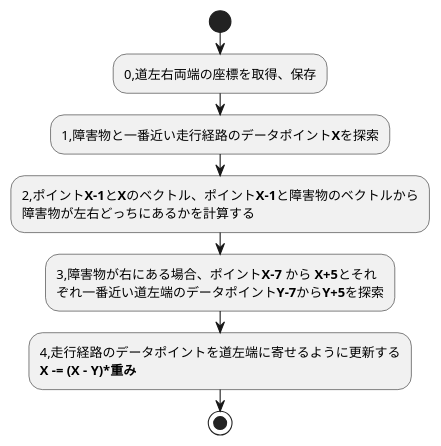
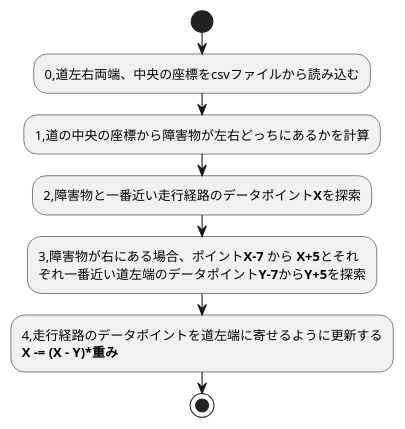
Before and after one commit to ChallengeClub/aichallenge2024-tips: the diagram in memo-share/yu/graph/avoidance.pu, drawn with PlantUML. The commit also changed 2 other files, not shown here.

```diff
--- a/memo-share/yu/graph/avoidance.pu
+++ b/memo-share/yu/graph/avoidance.pu
@@ -1,15 +1,14 @@
 @startuml
 
 start
-:0,道左右両端の座標を取得、保存;
-:1,障害物と一番近い走行経路のデータポイント**X**を探索;
-:2,ポイント**X-1**と**X**のベクトル、ポイント**X-1**と障害物のベクトルから
-障害物が左右どっちにあるかを計算する;
+:0,道左右両端、中央の座標をcsvファイルから読み込む;
+:1,道の中央の座標から障害物が左右どっちにあるかを計算;
+:2,障害物と一番近い走行経路のデータポイント**X**を探索;
 :3,障害物が右にある場合、ポイント**X-7** から **X+5**とそれ
 ぞれ一番近い道左端のデータポイント**Y-7**から**Y+5**を探索;
 :4,走行経路のデータポイントを道左端に寄せるように更新する
 **X -= (X - Y)*重み**;
 stop
 
 
 @enduml
```
